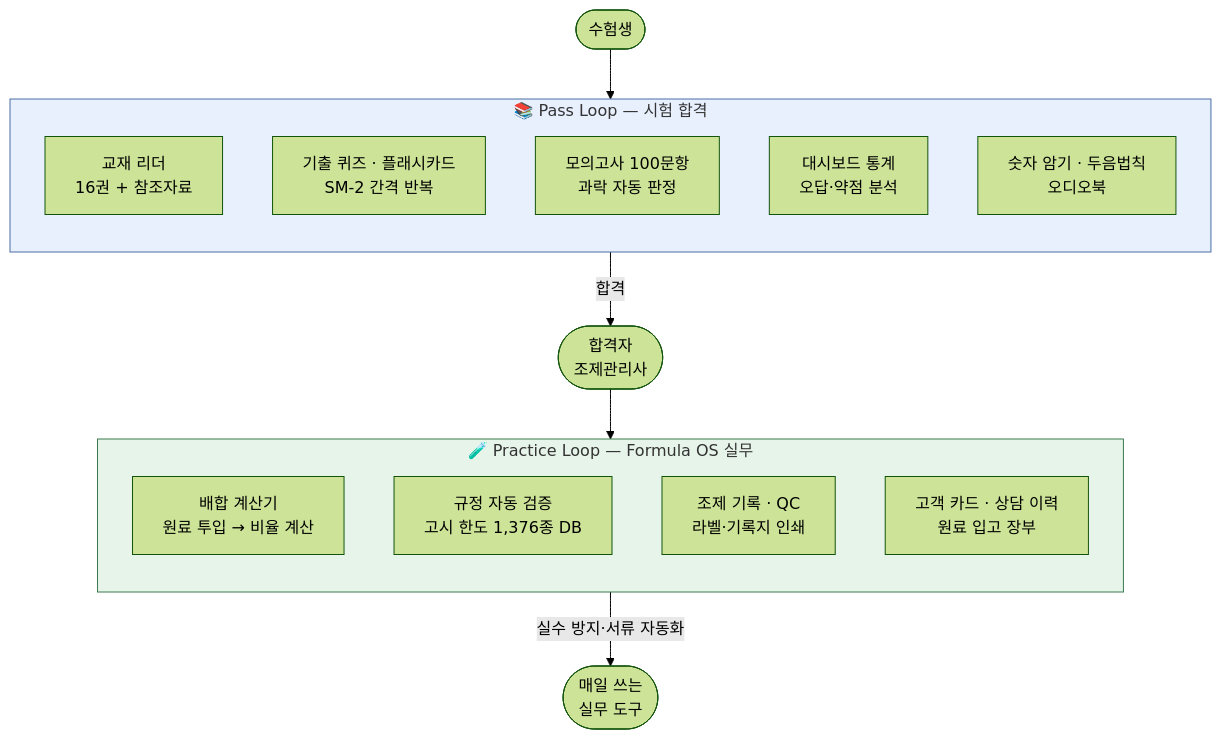
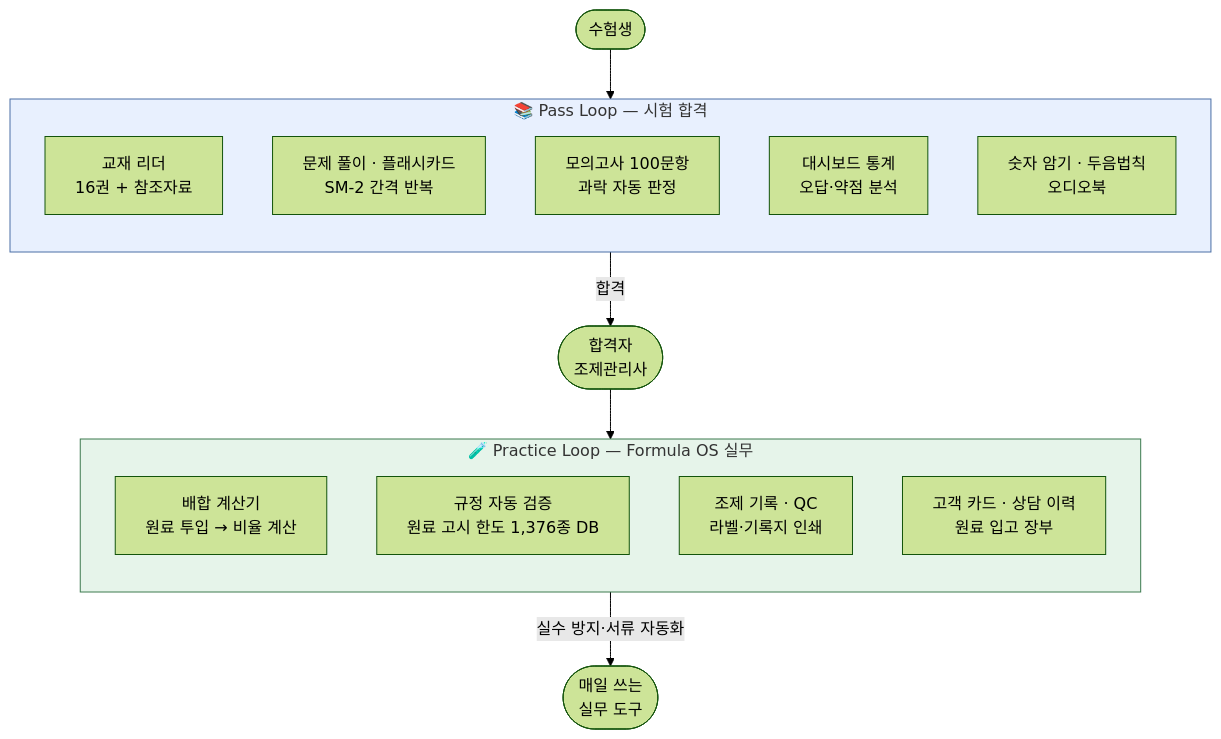
Before and after one commit to skygoldlee-cyber/Personalized_Skincare: the first of 2 diagrams in docs/유튜브_홍보동영상_제작의뢰서.md, drawn with Mermaid (forest theme). The commit also changed other lines of this file, not shown here.

````diff
--- a/docs/유튜브_홍보동영상_제작의뢰서.md
+++ b/docs/유튜브_홍보동영상_제작의뢰서.md
@@ -41,28 +42,28 @@
 ```mermaid
 flowchart TB
     subgraph PASS["📚 Pass Loop — 시험 합격"]
         direction TB
         P1["교재 리더<br/>16권 + 참조자료"]
-        P2["기출 퀴즈 · 플래시카드<br/>SM-2 간격 반복"]
+        P2["문제 풀이 · 플래시카드<br/>SM-2 간격 반복"]
         P3["모의고사 100문항<br/>과락 자동 판정"]
         P4["대시보드 통계<br/>오답·약점 분석"]
         P5["숫자 암기 · 두음법칙<br/>오디오북"]
     end
 
     USER(["수험생"]) --> PASS
     PASS -->|합격| PASSER(["합격자<br/>조제관리사"])
 
     subgraph PRACTICE["🧪 Practice Loop — Formula OS 실무"]
         direction TB
         F1["배합 계산기<br/>원료 투입 → 비율 계산"]
-        F2["규정 자동 검증<br/>고시 한도 1,376종 DB"]
+        F2["규정 자동 검증<br/>원료 고시 한도 1,376종 DB"]
         F3["조제 기록 · QC<br/>라벨·기록지 인쇄"]
         F4["고객 카드 · 상담 이력<br/>원료 입고 장부"]
     end
 
     PASSER --> PRACTICE
     PRACTICE -->|실수 방지·서류 자동화| WORK(["매일 쓰는<br/>실무 도구"])
 
     style PASS fill:#e8f0fe,stroke:#4a6fa5
     style PRACTICE fill:#e6f4ea,stroke:#3c7a4f
 ```
````
